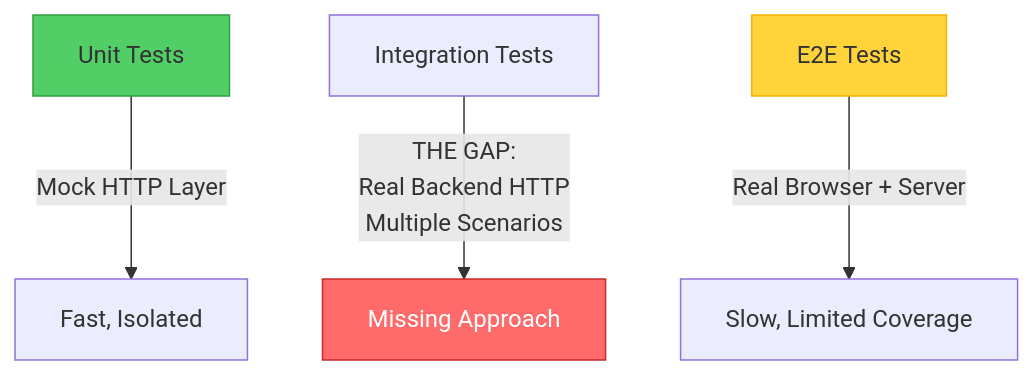
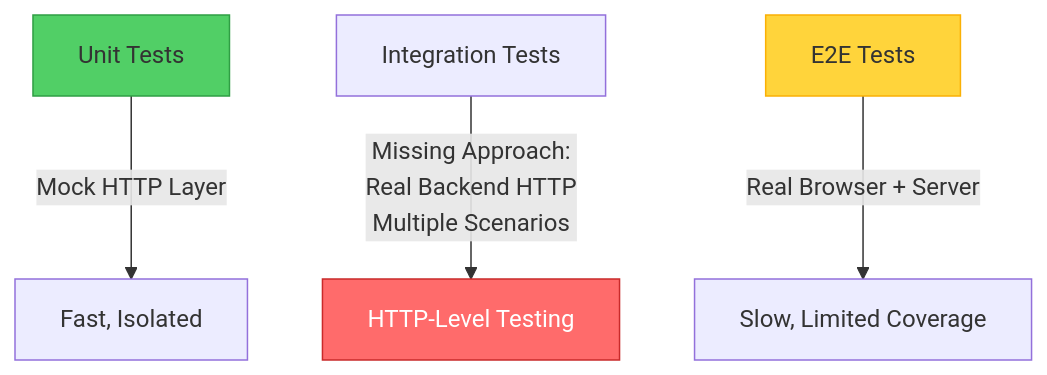
One commit to citypaul/scenarist changed the first of 2 diagrams in apps/docs/src/content/docs/introduction/why-scenarist.md. Above: the diagram before and after it, drawn with Mermaid. The commit also changed other lines of this file and 16 other files, not shown here.

````diff
--- a/apps/docs/src/content/docs/introduction/why-scenarist.md
+++ b/apps/docs/src/content/docs/introduction/why-scenarist.md
@@ -26,10 +51,10 @@
 ```mermaid
 graph TD
     A[Unit Tests] -->|Mock HTTP Layer| B[Fast, Isolated]
-    C[Integration Tests] -->|"THE GAP:<br/>Real Backend HTTP<br/>Multiple Scenarios"| D[Missing Approach]
+    C[Integration Tests] -->|"Missing Approach:<br/>Real Backend HTTP<br/>Multiple Scenarios"| D[HTTP-Level Testing]
     E[E2E Tests] -->|Real Browser + Server| F[Slow, Limited Coverage]
 
     style D fill:#ff6b6b,stroke:#c92a2a,color:#fff
     style A fill:#51cf66,stroke:#2f9e44
     style E fill:#ffd43b,stroke:#fab005
 ```
````
